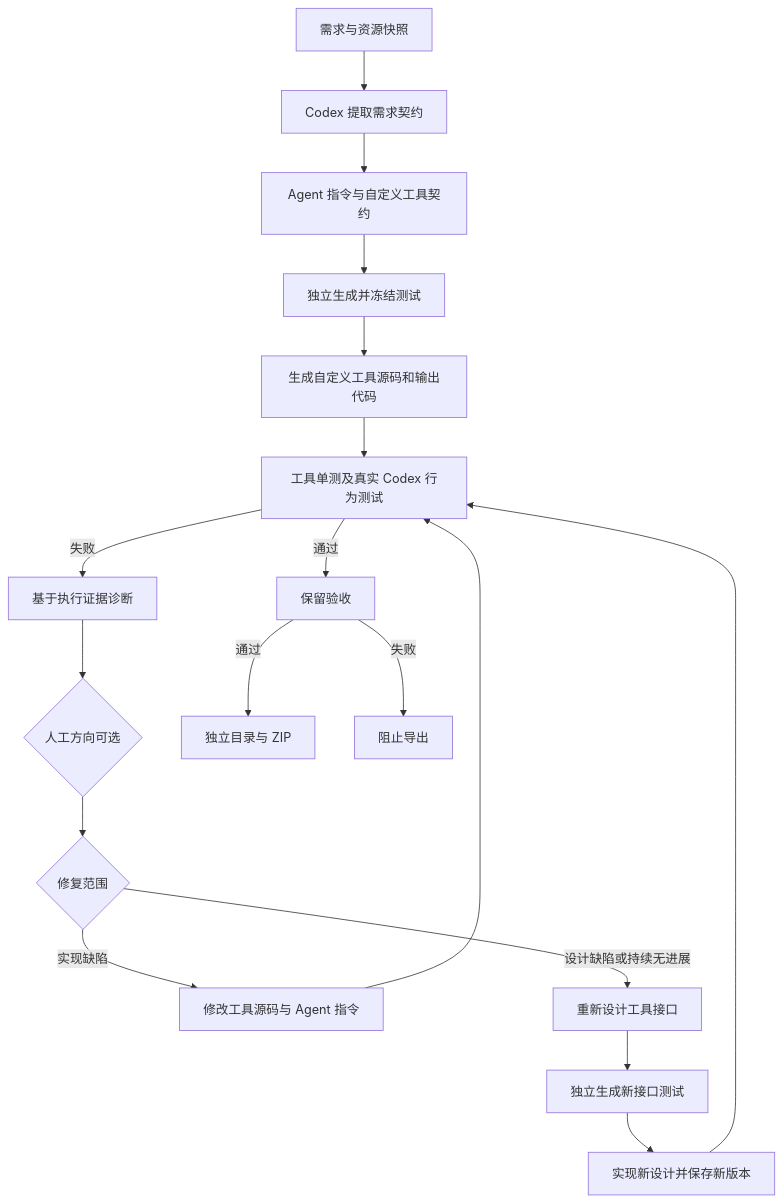
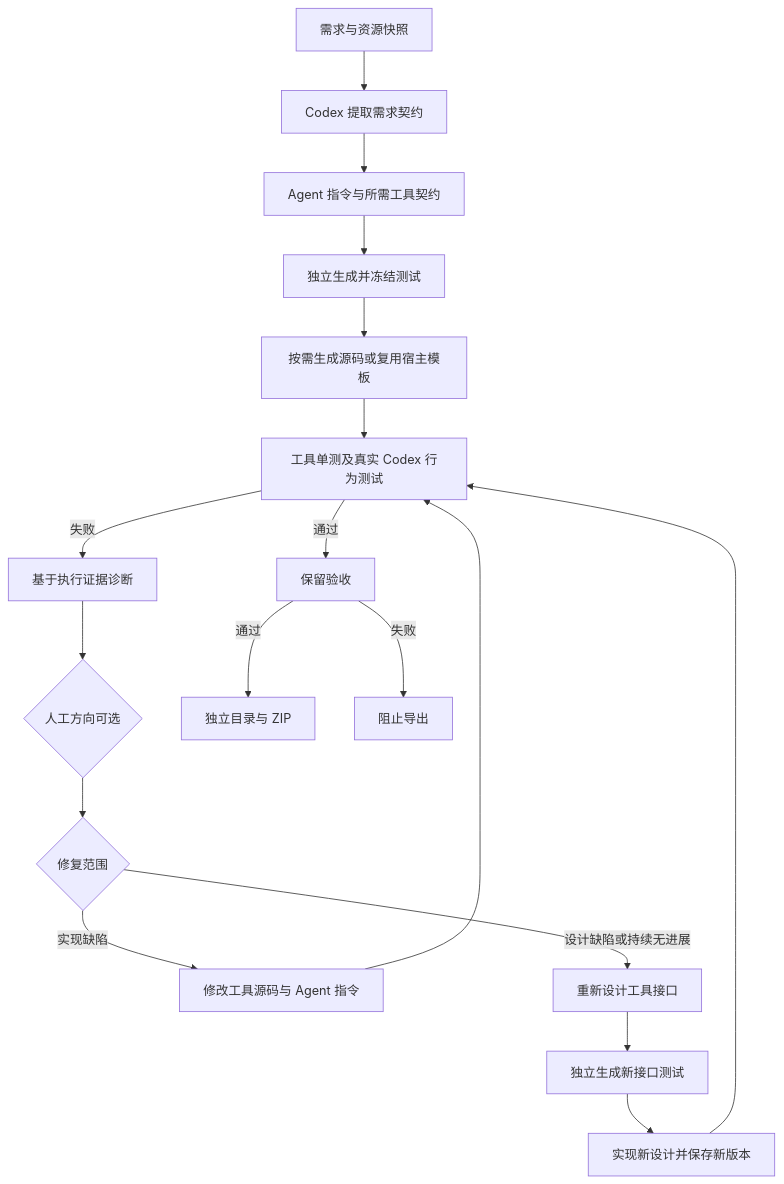
The first of 2 diagrams in docs/architecture.md (1308705817yt-cloud/a-agent2), drawn with Mermaid before and after one commit. The commit also changed other lines of this file and 25 other files, not shown here.

````diff
--- a/docs/architecture.md
+++ b/docs/architecture.md
@@ -7,20 +7,20 @@
 ```mermaid
 flowchart TD
     R[需求与资源快照] --> U[Codex 提取需求契约]
-    U --> W[Agent 指令与自定义工具契约]
+    U --> W[Agent 指令与所需工具契约]
     W --> T[独立生成并冻结测试]
-    T --> C[生成自定义工具源码和输出代码]
+    T --> C[按需生成源码或复用宿主模板]
     C --> B[工具单测及真实 Codex 行为测试]
     B -->|失败| D[基于执行证据诊断]
     D --> H{人工方向可选}
     H --> S{修复范围}
     S -->|实现缺陷| F[修改工具源码与 Agent 指令]
     S -->|设计缺陷或持续无进展| N[重新设计工具接口]
     N --> NT[独立生成新接口测试]
     NT --> NC[实现新设计并保存新版本]
     NC --> B
     F --> B
     B -->|通过| A[保留验收]
     A -->|通过| E[独立目录与 ZIP]
     A -->|失败| X[阻止导出]
 ```
````
